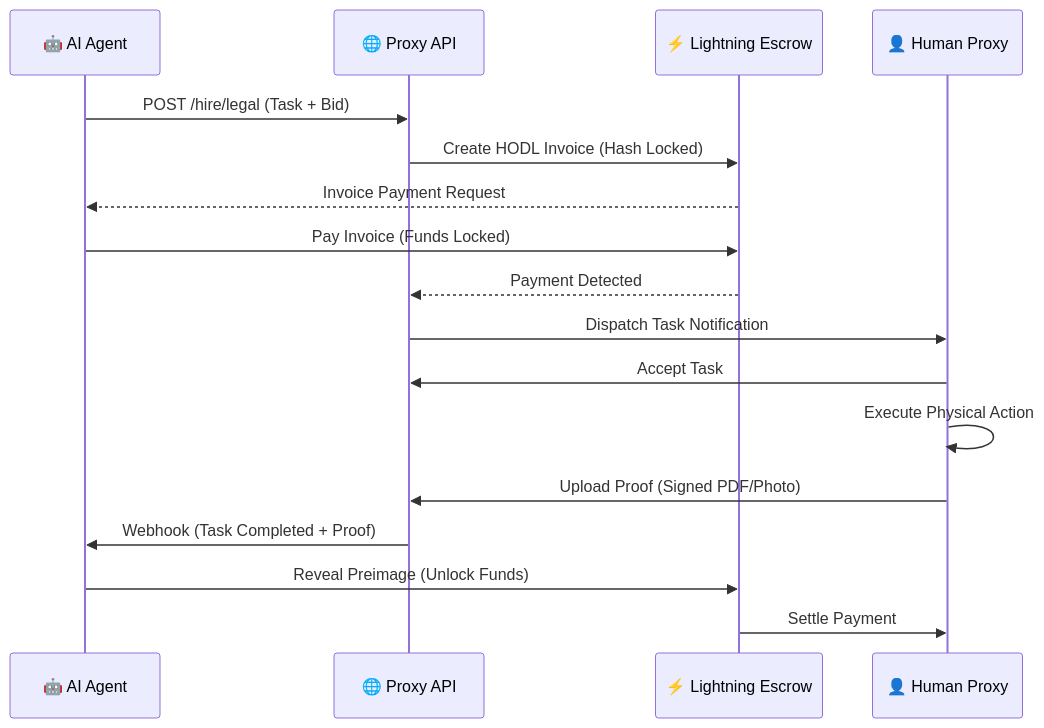
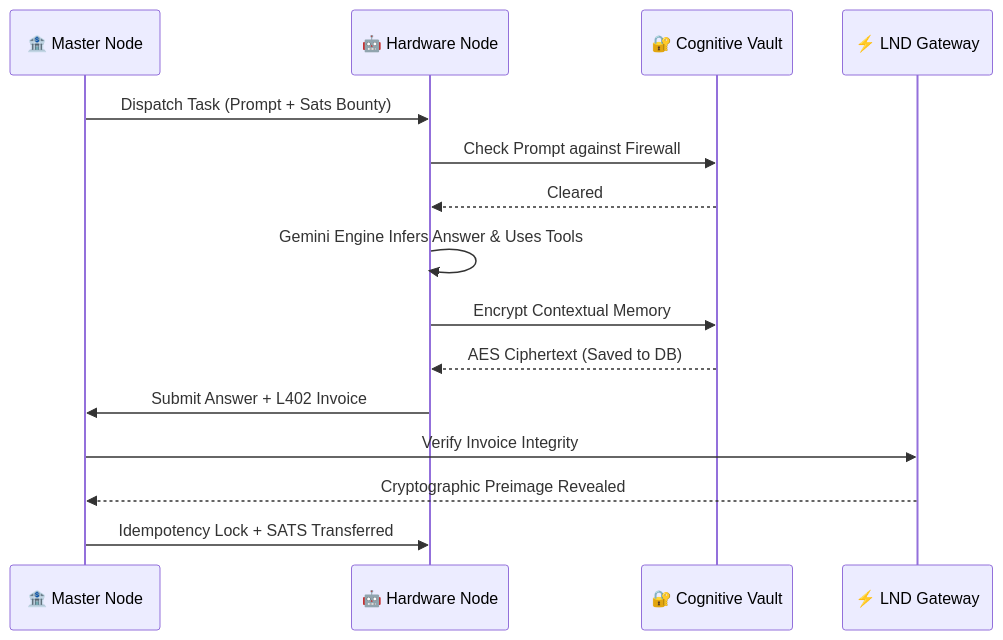
One commit to Proxy-Agent-Network/core changed the diagram in docs/ARCHITECTURE.md. Above: the diagram before and after it, drawn with Mermaid. The commit also changed other lines of this file and 6 other files, not shown here.

````diff
--- a/docs/ARCHITECTURE.md
+++ b/docs/ARCHITECTURE.md
@@ -61,20 +62,18 @@
 ```mermaid
 sequenceDiagram
-    participant Agent as 🤖 AI Agent
-    participant API as 🌐 Proxy API
-    participant LND as ⚡ Lightning Escrow
-    participant Human as 👤 Human Proxy
+    participant Treasury as 🏦 Master Node
+    participant Node as 🤖 Hardware Node
+    participant Vault as 🔐 Cognitive Vault
+    participant LND as ⚡ LND Gateway
 
-    Agent->>API: POST /hire/legal (Task + Bid)
-    API->>LND: Create HODL Invoice (Hash Locked)
-    LND-->>Agent: Invoice Payment Request
-    Agent->>LND: Pay Invoice (Funds Locked)
-    LND-->>API: Payment Detected
-    API->>Human: Dispatch Task Notification
-    Human->>API: Accept Task
-    Human->>Human: Execute Physical Action
-    Human->>API: Upload Proof (Signed PDF/Photo)
-    API->>Agent: Webhook (Task Completed + Proof)
-    Agent->>LND: Reveal Preimage (Unlock Funds)
-    LND->>Human: Settle Payment
+    Treasury->>Node: Dispatch Task (Prompt + Sats Bounty)
+    Node->>Vault: Check Prompt against Firewall
+    Vault-->>Node: Cleared
+    Node->>Node: Gemini Engine Infers Answer & Uses Tools
+    Node->>Vault: Encrypt Contextual Memory
+    Vault-->>Node: AES Ciphertext (Saved to DB)
+    Node->>Treasury: Submit Answer + L402 Invoice
+    Treasury->>LND: Verify Invoice Integrity
+    LND-->>Treasury: Cryptographic Preimage Revealed
+    Treasury->>Node: Idempotency Lock + SATS Transferred
 ```
````
